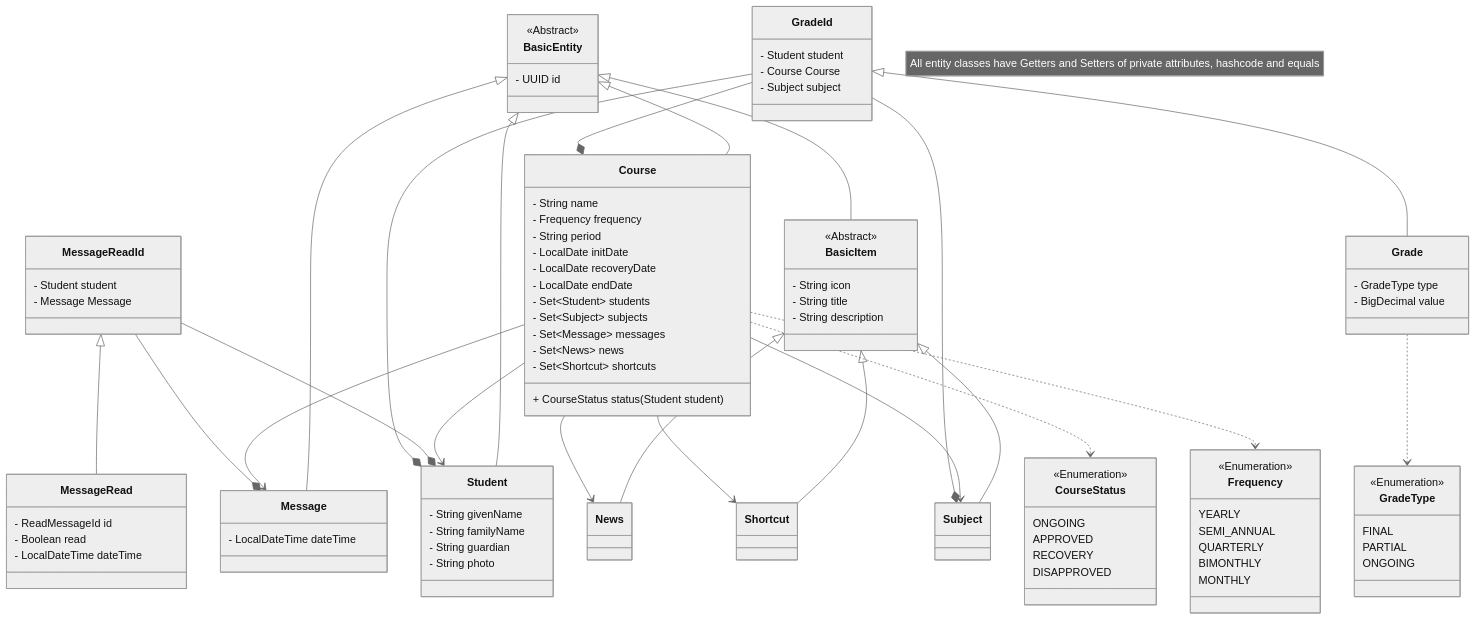
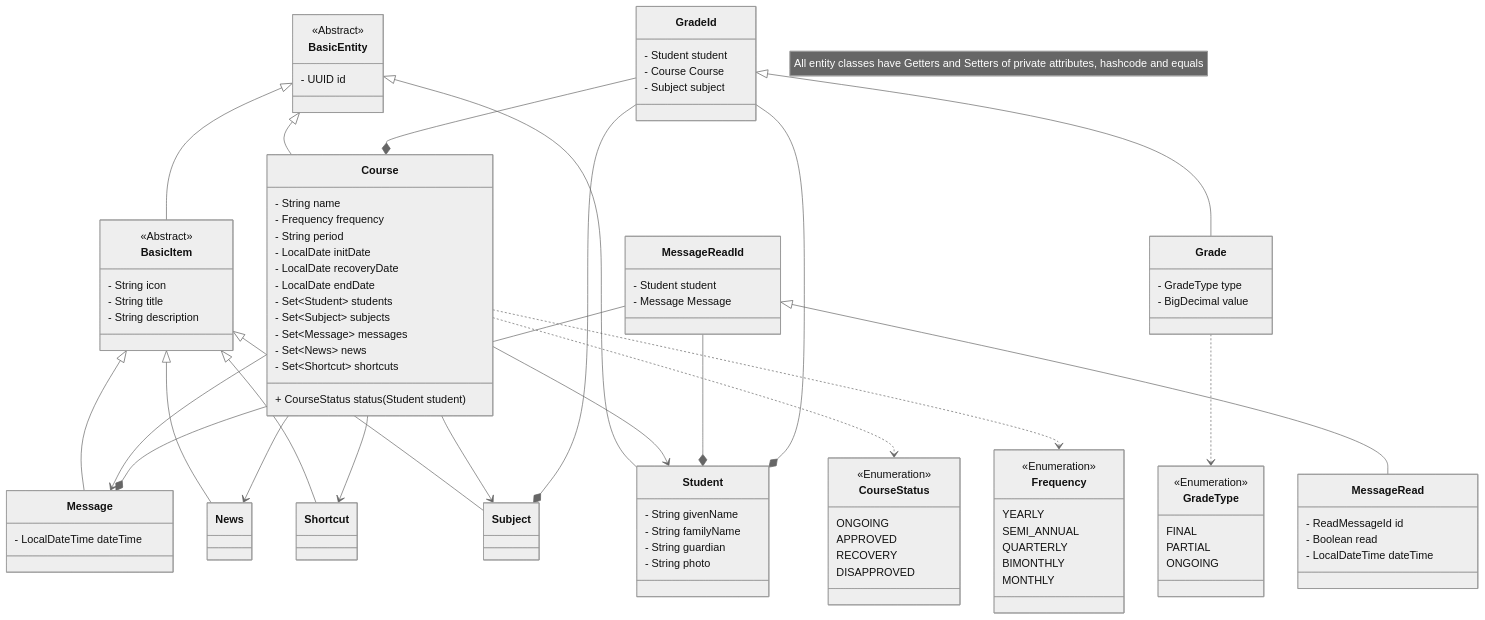
The second of 2 diagrams in README.md (didifive/ess-api), drawn with Mermaid (neutral theme) before and after one commit.

Commit message:
docs: update class diagram

```diff
--- a/README.md
+++ b/README.md
@@ -252,12 +252,12 @@
 
     class Subject
 
+    BasicEntity <|-- BasicItem
+    BasicEntity <|-- Course
     BasicEntity <|-- Student
-    BasicEntity <|-- Course
-    BasicEntity <|-- Message
-    BasicEntity <|-- BasicItem
+    BasicItem <|-- Message
+    BasicItem <|-- News
     BasicItem <|-- Shortcut
-    BasicItem <|-- News
     BasicItem <|-- Subject
     Course --> Student
     Course --> Subject
```
